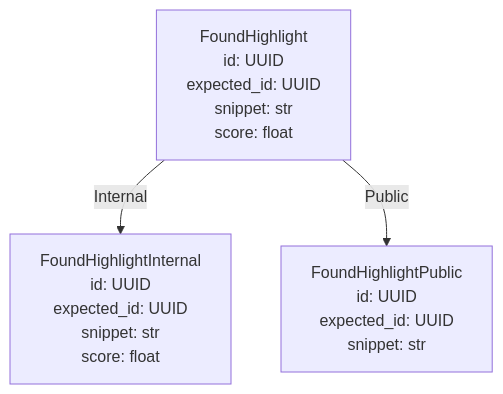
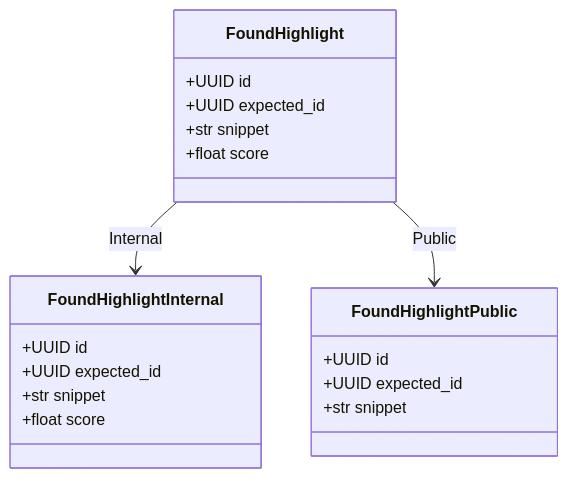
The fifth of 6 diagrams in examples/dict_keyed_refs/README.md (release-art/pydantic-prism), drawn with Mermaid before and after one commit. The commit also changed other lines of this file and 7 other files, not shown here.

````diff
--- a/examples/dict_keyed_refs/README.md
+++ b/examples/dict_keyed_refs/README.md
@@ -65,9 +91,23 @@
 ```mermaid
-graph TD
-    FoundHighlight["FoundHighlight<br/>id: UUID<br/>expected_id: UUID<br/>snippet: str<br/>score: float"]
-    FoundHighlightInternal["FoundHighlightInternal<br/>id: UUID<br/>expected_id: UUID<br/>snippet: str<br/>score: float"]
-    FoundHighlightPublic["FoundHighlightPublic<br/>id: UUID<br/>expected_id: UUID<br/>snippet: str"]
-    FoundHighlight -->|"Internal"| FoundHighlightInternal
-    FoundHighlight -->|"Public"| FoundHighlightPublic
-    classDef partial stroke-dasharray: 5 5;
+classDiagram
+    direction TB
+    class FoundHighlight {
+        +UUID id
+        +UUID expected_id
+        +str snippet
+        +float score
+    }
+    class FoundHighlightInternal {
+        +UUID id
+        +UUID expected_id
+        +str snippet
+        +float score
+    }
+    class FoundHighlightPublic {
+        +UUID id
+        +UUID expected_id
+        +str snippet
+    }
+    FoundHighlight --> FoundHighlightInternal : Internal
+    FoundHighlight --> FoundHighlightPublic : Public
 ```
````
